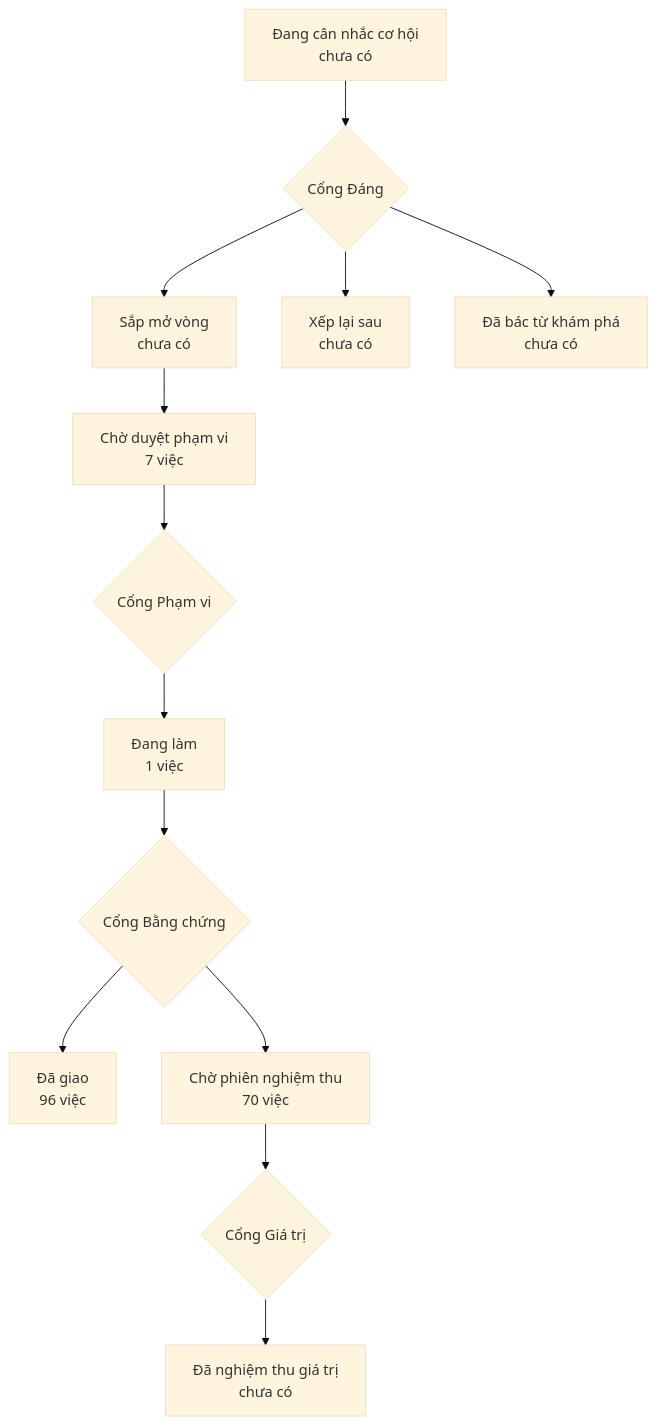
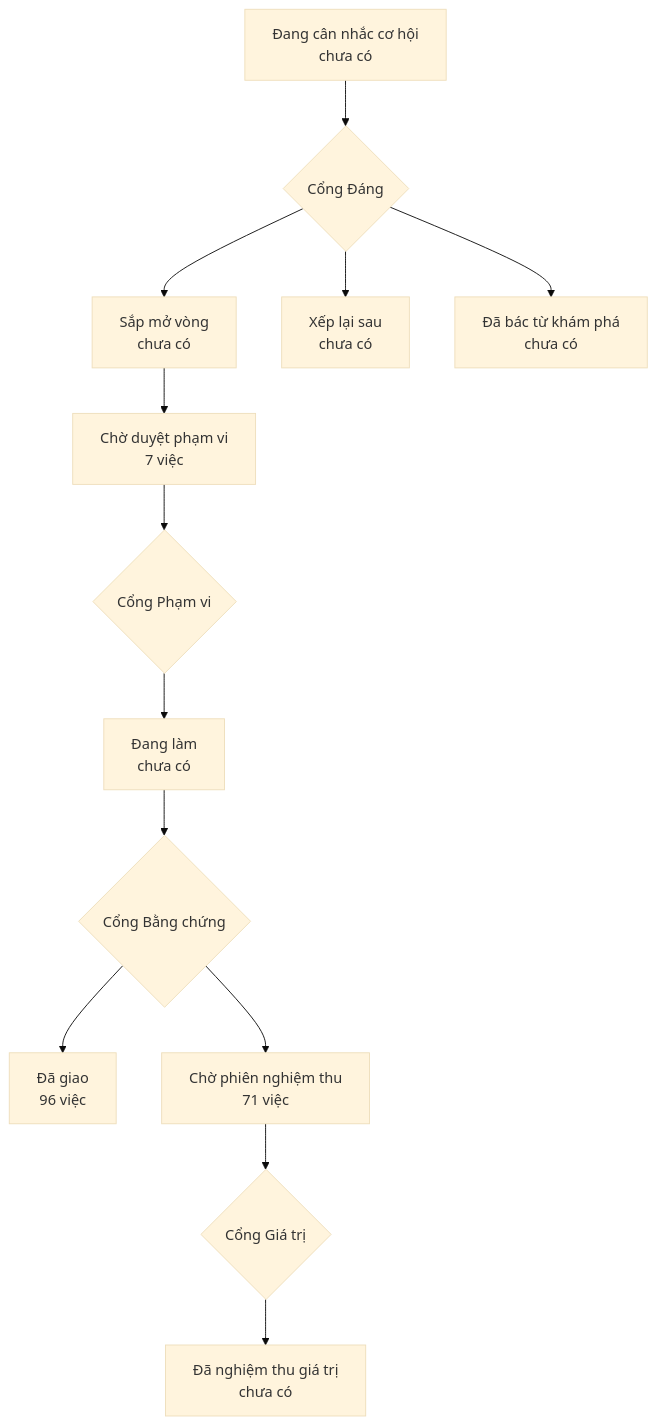
Before and after one commit to phanlemanh/onehub-invest: the diagram in PRODUCT-MAP.md, drawn with Mermaid (base theme). The commit also changed other lines of this file and 4 other files, not shown here.

````diff
--- a/PRODUCT-MAP.md
+++ b/PRODUCT-MAP.md
@@ -7,12 +7,12 @@
 ```mermaid
 flowchart TD
   A["Đang cân nhắc cơ hội<br/>chưa có"] --> GD{"Cổng Đáng"}
   GD --> B["Sắp mở vòng<br/>chưa có"]
   GD --> XL["Xếp lại sau<br/>chưa có"]
   GD --> DB["Đã bác từ khám phá<br/>chưa có"]
   B --> CD["Chờ duyệt phạm vi<br/>7 việc"] --> GP{"Cổng Phạm vi"}
-  GP --> DL["Đang làm<br/>1 việc"] --> GB{"Cổng Bằng chứng"}
+  GP --> DL["Đang làm<br/>chưa có"] --> GB{"Cổng Bằng chứng"}
   GB --> DG["Đã giao<br/>96 việc"]
-  GB --> CN["Chờ phiên nghiệm thu<br/>70 việc"] --> GG{"Cổng Giá trị"}
+  GB --> CN["Chờ phiên nghiệm thu<br/>71 việc"] --> GG{"Cổng Giá trị"}
   GG --> NT["Đã nghiệm thu giá trị<br/>chưa có"]
 ```
````
